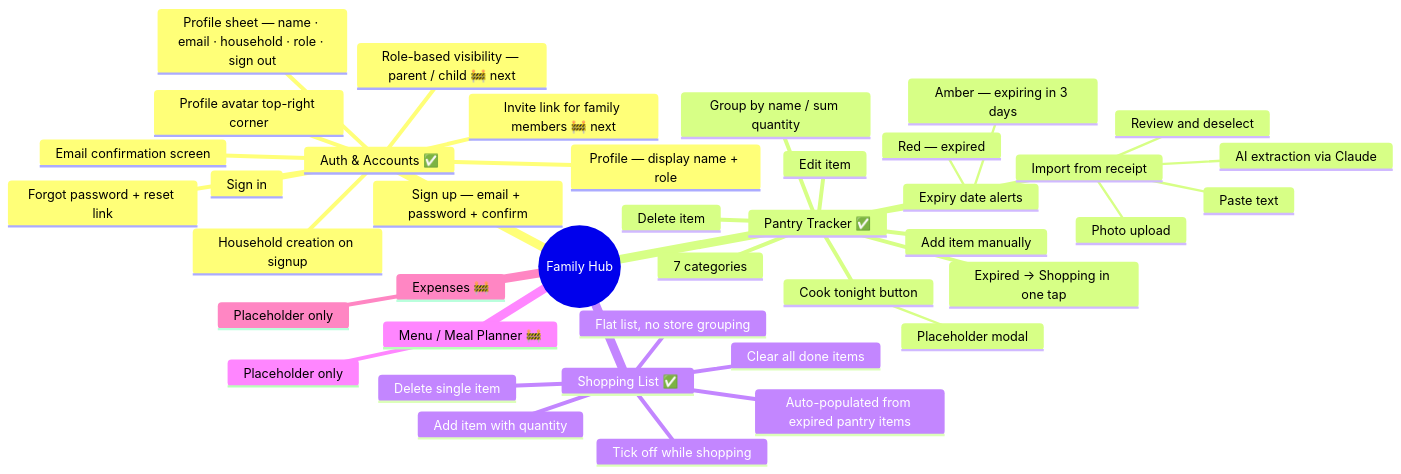
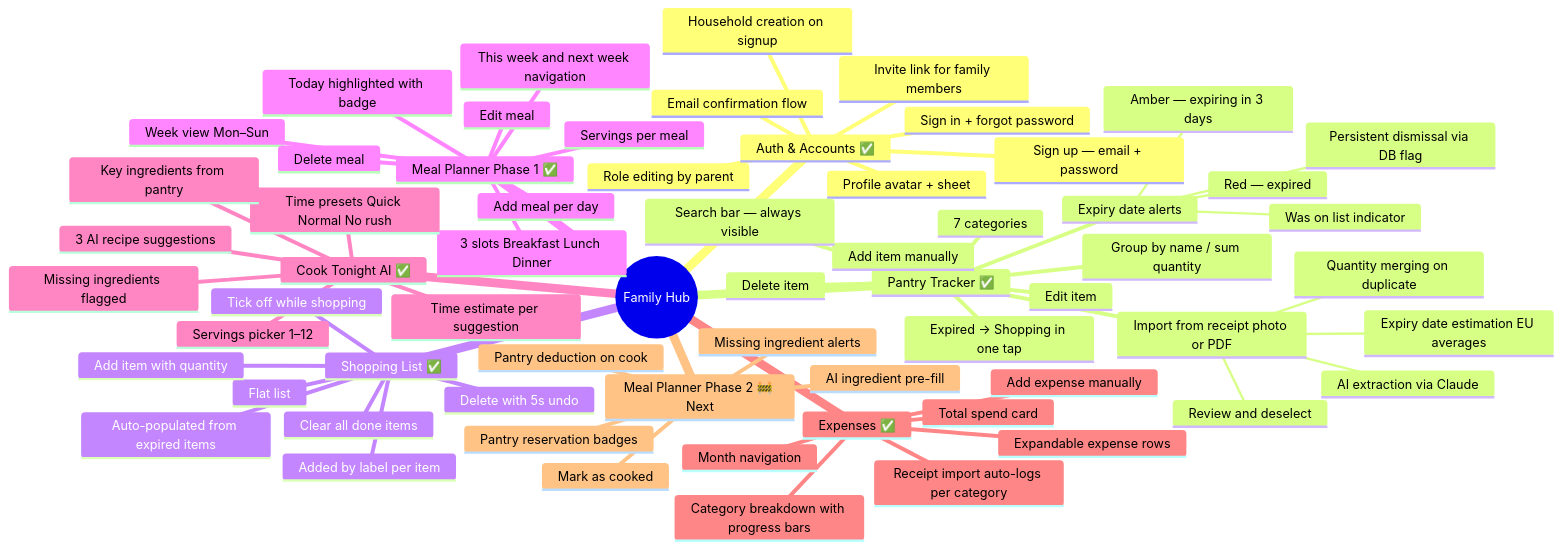
One commit to JuliaBulg/family-hub changed the first of 14 diagrams in docs/DIAGRAMS.md. Above: the diagram before and after it, drawn with Mermaid. The commit also changed other lines of this file and 2 other files, not shown here.

````diff
--- a/docs/DIAGRAMS.md
+++ b/docs/DIAGRAMS.md
@@ -11,43 +11,67 @@
 ```mermaid
 mindmap
   root((Family Hub))
     Auth & Accounts ✅
-      Sign up — email + password + confirm
-      Sign in
-      Email confirmation screen
-      Forgot password + reset link
+      Sign up — email + password
+      Sign in + forgot password
+      Email confirmation flow
       Household creation on signup
-      Profile — display name + role
-      Profile avatar top-right corner
-      Profile sheet — name · email · household · role · sign out
-      Invite link for family members 🚧 next
-      Role-based visibility — parent / child 🚧 next
+      Profile avatar + sheet
+      Invite link for family members
+      Role editing by parent
     Pantry Tracker ✅
       Add item manually
       Edit item
       Delete item
+      Search bar — always visible
       7 categories
       Group by name / sum quantity
       Expiry date alerts
         Red — expired
         Amber — expiring in 3 days
+        Persistent dismissal via DB flag
+        Was on list indicator
       Expired → Shopping in one tap
-      Import from receipt
-        Photo upload
-        Paste text
+      Import from receipt photo or PDF
         AI extraction via Claude
+        Expiry date estimation EU averages
+        Quantity merging on duplicate
         Review and deselect
-      Cook tonight button
-        Placeholder modal
     Shopping List ✅
-      Flat list, no store grouping
+      Flat list
       Add item with quantity
       Tick off while shopping
-      Delete single item
+      Delete with 5s undo
       Clear all done items
-      Auto-populated from expired pantry items
-    Menu / Meal Planner 🚧
-      Placeholder only
-    Expenses 🚧
-      Placeholder only
+      Auto-populated from expired items
+      Added by label per item
+    Meal Planner Phase 1 ✅
+      Week view Mon–Sun
+      This week and next week navigation
+      Today highlighted with badge
+      3 slots Breakfast Lunch Dinner
+      Add meal per day
+      Edit meal
+      Delete meal
+      Servings per meal
+    Cook Tonight AI ✅
+      Servings picker 1–12
+      Time presets Quick Normal No rush
+      3 AI recipe suggestions
+      Key ingredients from pantry
+      Missing ingredients flagged
+      Time estimate per suggestion
+    Expenses ✅
+      Month navigation
+      Total spend card
+      Category breakdown with progress bars
+      Expandable expense rows
+      Add expense manually
+      Receipt import auto-logs per category
+    Meal Planner Phase 2 🚧 Next
+      AI ingredient pre-fill
+      Pantry reservation badges
+      Missing ingredient alerts
+      Mark as cooked
+      Pantry deduction on cook
 ```
````
